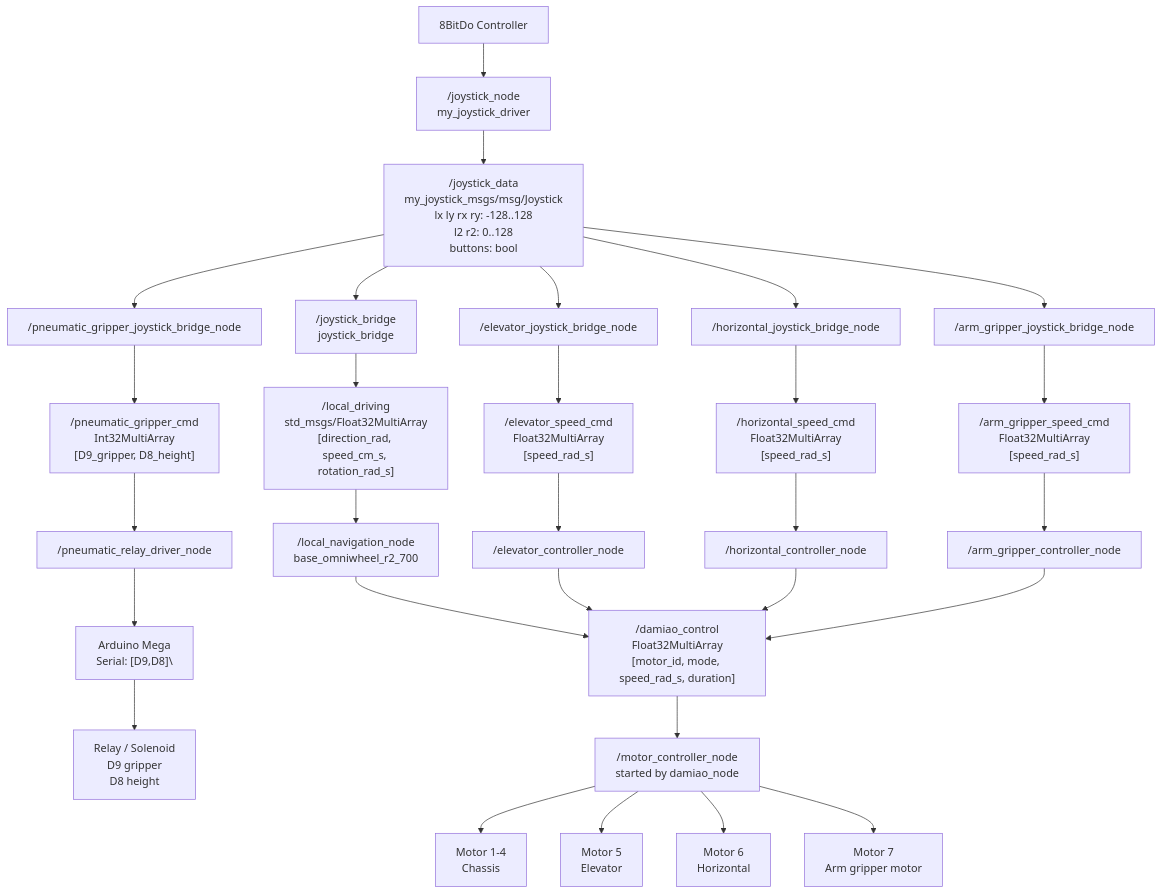
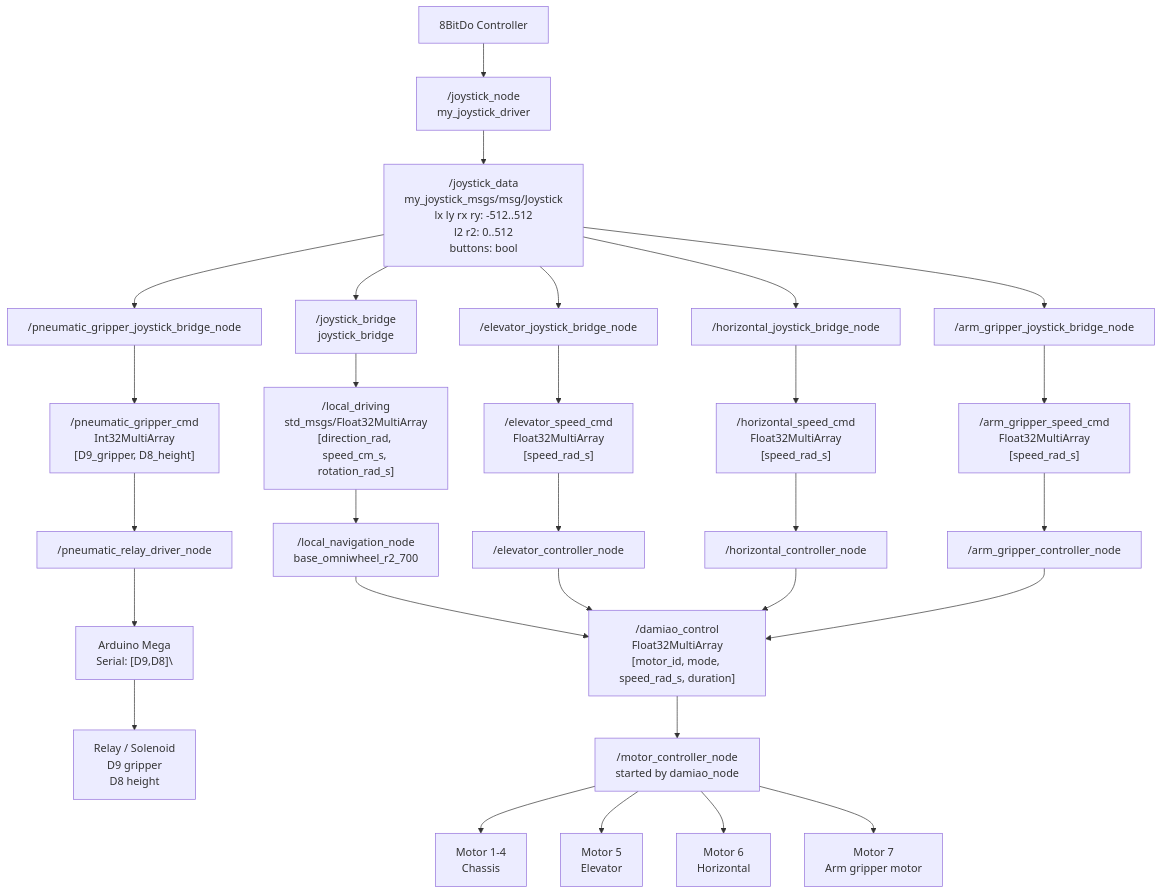
Before and after one commit to herolch07/joystck_controller: the first of 6 diagrams in NODE_GRAPH.md, drawn with Mermaid. The commit also changed other lines of this file and 33 other files, not shown here.

````diff
--- a/NODE_GRAPH.md
+++ b/NODE_GRAPH.md
@@ -7,51 +7,51 @@
 ```mermaid
 flowchart TD
     Controller[8BitDo Controller]
     JoyNode["/joystick_node<br/>my_joystick_driver"]
-    JoyTopic["/joystick_data<br/>my_joystick_msgs/msg/Joystick<br/>lx ly rx ry: -128..128<br/>l2 r2: 0..128<br/>buttons: bool"]
+    JoyTopic["/joystick_data<br/>my_joystick_msgs/msg/Joystick<br/>lx ly rx ry: -512..512<br/>l2 r2: 0..512<br/>buttons: bool"]
 
     BaseBridge["/joystick_bridge<br/>joystick_bridge"]
     LocalDriving["/local_driving<br/>std_msgs/Float32MultiArray<br/>[direction_rad, speed_cm_s, rotation_rad_s]"]
     NavNode["/local_navigation_node<br/>base_omniwheel_r2_700"]
 
     ElevBridge["/elevator_joystick_bridge_node"]
     ElevCmd["/elevator_speed_cmd<br/>Float32MultiArray<br/>[speed_rad_s]"]
     ElevCtrl["/elevator_controller_node"]
 
     HorizBridge["/horizontal_joystick_bridge_node"]
     HorizCmd["/horizontal_speed_cmd<br/>Float32MultiArray<br/>[speed_rad_s]"]
     HorizCtrl["/horizontal_controller_node"]
 
     ArmGripBridge["/arm_gripper_joystick_bridge_node"]
     ArmGripCmd["/arm_gripper_speed_cmd<br/>Float32MultiArray<br/>[speed_rad_s]"]
     ArmGripCtrl["/arm_gripper_controller_node"]
 
     PneuBridge["/pneumatic_gripper_joystick_bridge_node"]
     PneuCmd["/pneumatic_gripper_cmd<br/>Int32MultiArray<br/>[D9_gripper, D8_height]"]
     PneuDriver["/pneumatic_relay_driver_node"]
     Arduino["Arduino Mega<br/>Serial: [D9,D8]\\n"]
     Relay["Relay / Solenoid<br/>D9 gripper<br/>D8 height"]
 
     DamiaoCmd["/damiao_control<br/>Float32MultiArray<br/>[motor_id, mode, speed_rad_s, duration]"]
     DamiaoNode["/motor_controller_node<br/>started by damiao_node"]
     M1to4["Motor 1-4<br/>Chassis"]
     M5["Motor 5<br/>Elevator"]
     M6["Motor 6<br/>Horizontal"]
     M7["Motor 7<br/>Arm gripper motor"]
 
     Controller --> JoyNode --> JoyTopic
 
     JoyTopic --> BaseBridge --> LocalDriving --> NavNode --> DamiaoCmd
 
     JoyTopic --> ElevBridge --> ElevCmd --> ElevCtrl --> DamiaoCmd
     JoyTopic --> HorizBridge --> HorizCmd --> HorizCtrl --> DamiaoCmd
     JoyTopic --> ArmGripBridge --> ArmGripCmd --> ArmGripCtrl --> DamiaoCmd
 
     DamiaoCmd --> DamiaoNode
     DamiaoNode --> M1to4
     DamiaoNode --> M5
     DamiaoNode --> M6
     DamiaoNode --> M7
 
     JoyTopic --> PneuBridge --> PneuCmd --> PneuDriver --> Arduino --> Relay
 ```
````
